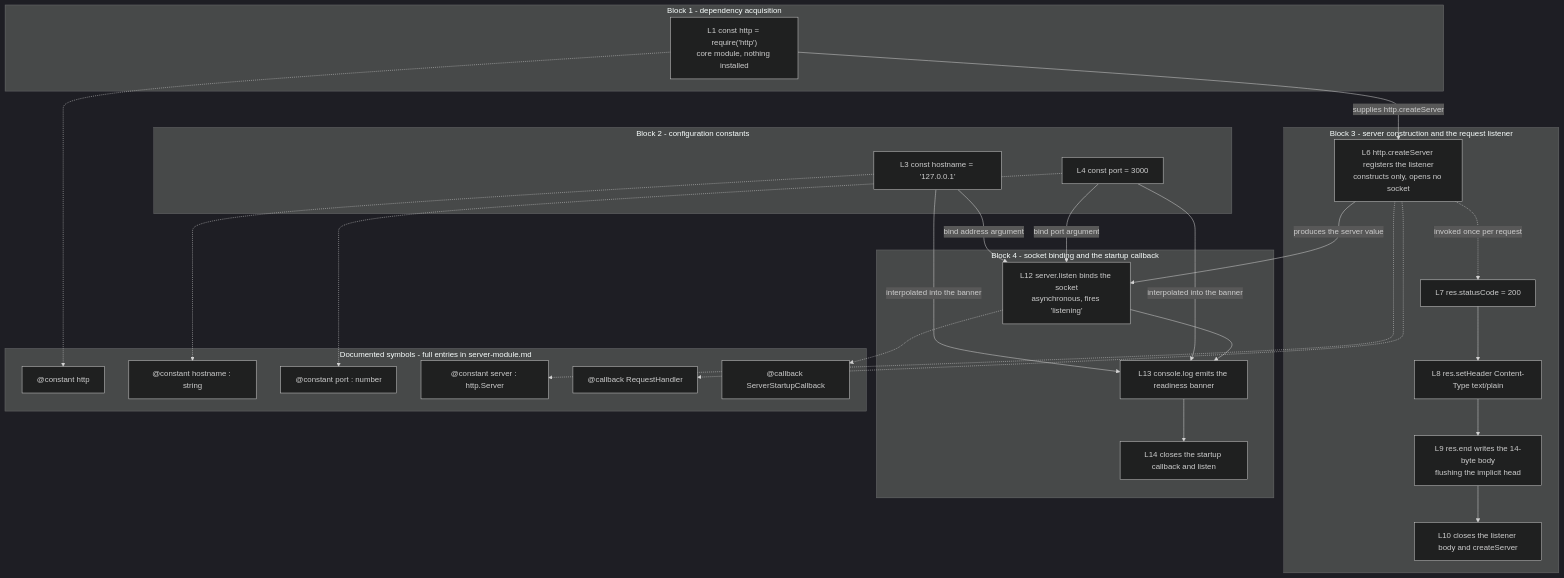
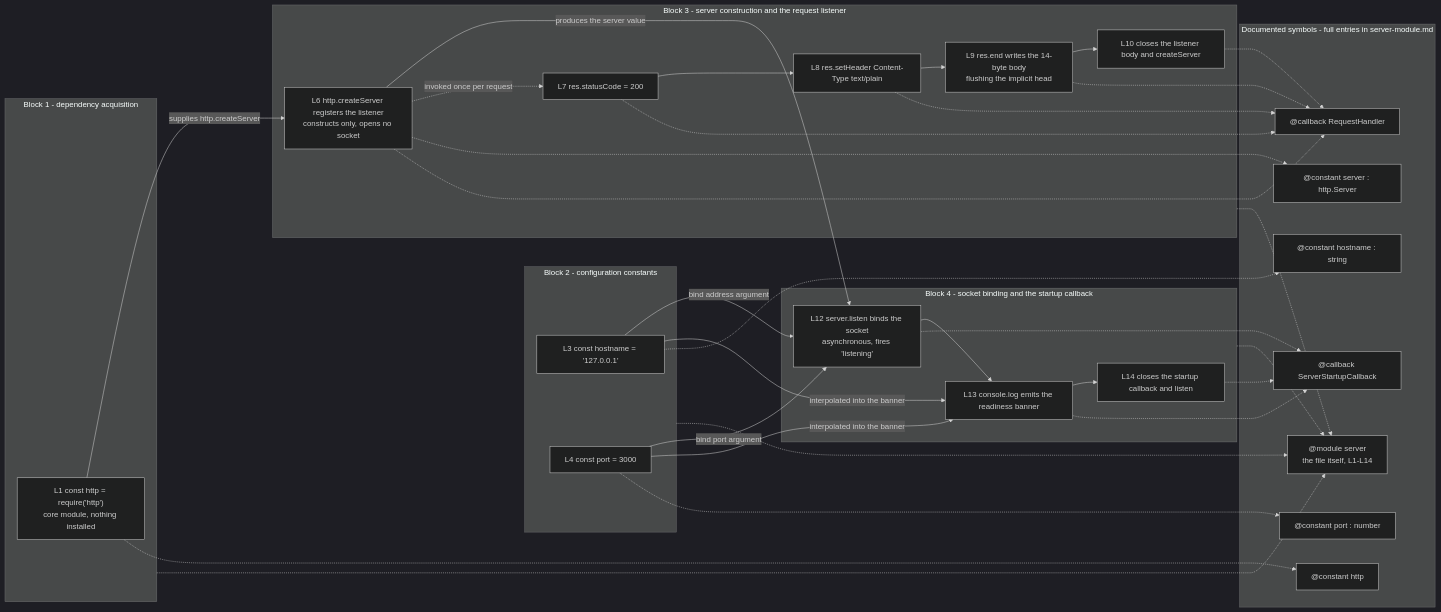
Before and after one commit to Sandeep01Kumar/existing-projects-qa-test-03-dec: the diagram in docs/architecture/code-walkthrough.md, drawn with Mermaid (dark theme). The commit also changed other lines of this file and 18 other files, not shown here.

First line of the commit message:
Document runtime boundaries and harden operational guidance

````diff
--- a/docs/architecture/code-walkthrough.md
+++ b/docs/architecture/code-walkthrough.md
@@ -399,52 +461,70 @@
 ```mermaid
-flowchart TD
+flowchart LR
     subgraph B1["Block 1 - dependency acquisition"]
         L1["L1 const http = require('http')<br/>core module, nothing installed"]
     end
     subgraph B2["Block 2 - configuration constants"]
         L3["L3 const hostname = '127.0.0.1'"]
         L4["L4 const port = 3000"]
     end
     subgraph B3["Block 3 - server construction and the request listener"]
         L6["L6 http.createServer registers the listener<br/>constructs only, opens no socket"]
         L7["L7 res.statusCode = 200"]
         L8["L8 res.setHeader Content-Type text/plain"]
         L9["L9 res.end writes the 14-byte body<br/>flushing the implicit head"]
         L10["L10 closes the listener body and createServer"]
     end
     subgraph B4["Block 4 - socket binding and the startup callback"]
         L12["L12 server.listen binds the socket<br/>asynchronous, fires 'listening'"]
         L13["L13 console.log emits the readiness banner"]
         L14["L14 closes the startup callback and listen"]
     end
     subgraph SYM["Documented symbols - full entries in server-module.md"]
+        SM["@module server<br/>the file itself, L1-L14"]
         SH["@constant http"]
         SN["@constant hostname : string"]
         SP["@constant port : number"]
         SS["@constant server : http.Server"]
         SR["@callback RequestHandler"]
         SC["@callback ServerStartupCallback"]
     end
     L1 -->|"supplies http.createServer"| L6
     L6 -->|"produces the server value"| L12
     L3 -->|"bind address argument"| L12
     L4 -->|"bind port argument"| L12
     L3 -->|"interpolated into the banner"| L13
     L4 -->|"interpolated into the banner"| L13
     L6 -. "invoked once per request" .-> L7
     L7 --> L8
     L8 --> L9
     L9 --> L10
     L12 --> L13
     L13 --> L14
     L1 -.-> SH
     L3 -.-> SN
     L4 -.-> SP
     L6 -.-> SS
     L6 -.-> SR
+    L7 -.-> SR
+    L8 -.-> SR
+    L9 -.-> SR
+    L10 -.-> SR
     L12 -.-> SC
-%% Blank lines L2, L5 and L11 are the block boundaries themselves, so they
-%% document no symbol and carry no node here. Only components that exist in
-%% server.js appear: one module, one server, one listener. No proxy, database,
-%% cache, queue or second service exists in this system.
+    L13 -.-> SC
+    L14 -.-> SC
+    B1 -.-> SM
+    B2 -.-> SM
+    B3 -.-> SM
+    B4 -.-> SM
+%% All seven documented symbols appear: the module itself plus the four
+%% constants and the two callback typedefs. Two arrow registers are in use -
+%% a solid arrow is control or a value flowing between lines, a dotted arrow
+%% is "this line is documented by that symbol", which is why every block
+%% reaches @module server: the module symbol documents the whole file rather
+%% than any one line. L6 declares @constant server, and L12 only uses it,
+%% which is why no dotted edge runs from L12 to that symbol. Blank lines L2,
+%% L5 and L11 are the block boundaries themselves, so they document no symbol
+%% and carry no node here. Only components that exist in server.js appear:
+%% one module, one server, one listener. No proxy, database, cache, queue or
+%% second service exists in this system.
 ```
````
